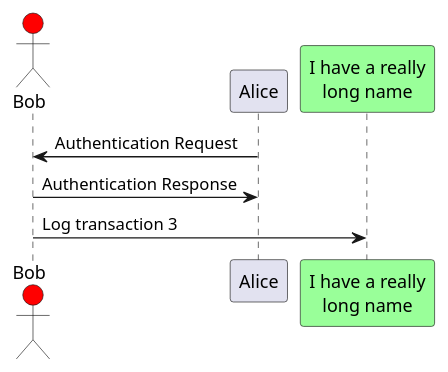
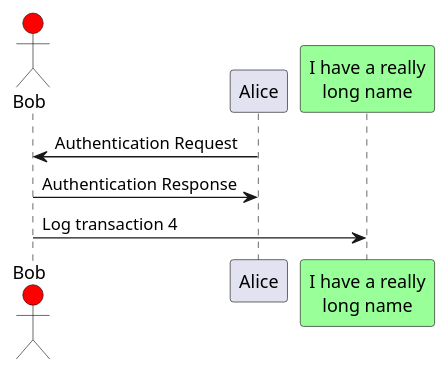
One commit to rafaelbrandaof/test.plantuml-action changed the diagram in diagrams/test.puml. Above: the diagram before and after it, drawn with PlantUML.

```diff
--- a/diagrams/test.puml
+++ b/diagrams/test.puml
@@ -1,14 +1,14 @@
 @startuml
 actor Bob #red
 ' The only difference between actor
 'and participant is the drawing
 participant Alice
 participant "I have a really\nlong name" as L #99FF99
 /' You can also declare:
    participant L as "I have a really\nlong name"  #99FF99
   '/
 
 Alice->Bob: Authentication Request
 Bob->Alice: Authentication Response
-Bob->L: Log transaction 3
+Bob->L: Log transaction 4
 @enduml
```
